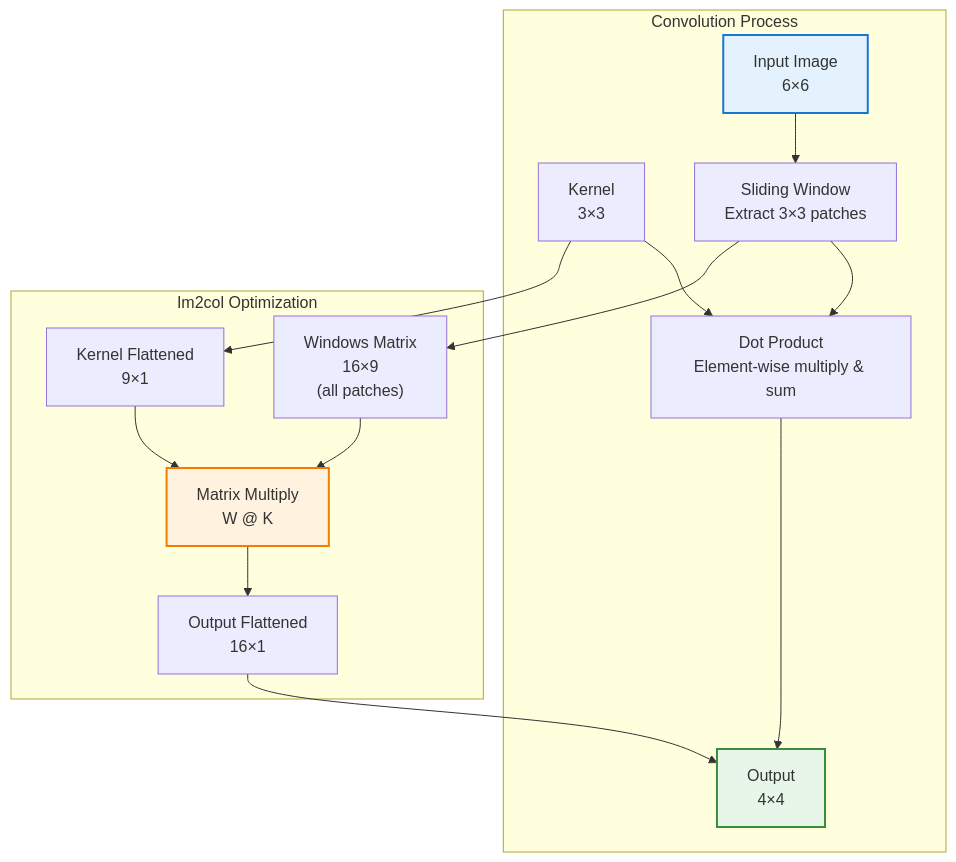
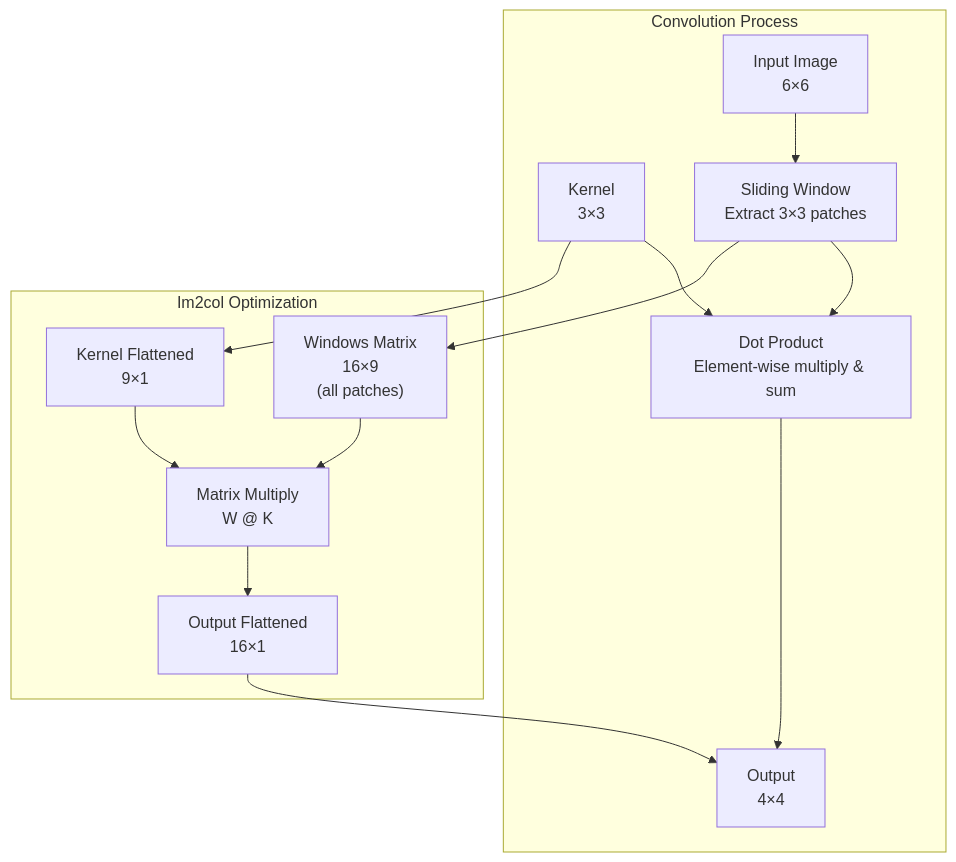
Before and after one commit to ROCm/composable_kernel: the diagram in docs/conceptual/ck_tile/convolution_example.rst, drawn with Mermaid. The commit also changed other lines of this file and 21 other files, not shown here.

```diff
--- a/docs/conceptual/ck_tile/convolution_example.rst
+++ b/docs/conceptual/ck_tile/convolution_example.rst
@@ -24,33 +18,29 @@
-      .. mermaid::
-      
-         graph TB
-             subgraph "Convolution Process"
-                 I["Input Image<br/>6×6"]
-                 K["Kernel<br/>3×3"]
-                 SW["Sliding Window<br/>Extract 3×3 patches"]
-                 DP["Dot Product<br/>Element-wise multiply & sum"]
-                 O["Output<br/>4×4"]
-             end
-             
-             subgraph "Im2col Optimization"
-                 W["Windows Matrix<br/>16×9<br/>(all patches)"]
-                 KF["Kernel Flattened<br/>9×1"]
-                 MM["Matrix Multiply<br/>W @ K"]
-                 OF["Output Flattened<br/>16×1"]
-             end
-             
-             I --> SW
-             K --> DP
-             SW --> DP
-             DP --> O
-             
-             SW --> W
-             K --> KF
-             W --> MM
-             KF --> MM
-             MM --> OF
-             OF --> O
-             
-             style I fill:#e3f2fd,stroke:#1976d2,stroke-width:2px
-             style O fill:#e8f5e9,stroke:#388e3c,stroke-width:2px
-             style MM fill:#fff3e0,stroke:#f57c00,stroke-width:2px
+.. mermaid::
+
+   graph TB
+       subgraph "Convolution Process"
+           I["Input Image<br/>6×6"]
+           K["Kernel<br/>3×3"]
+           SW["Sliding Window<br/>Extract 3×3 patches"]
+           DP["Dot Product<br/>Element-wise multiply & sum"]
+           O["Output<br/>4×4"]
+       end
+
+       subgraph "Im2col Optimization"
+           W["Windows Matrix<br/>16×9<br/>(all patches)"]
+           KF["Kernel Flattened<br/>9×1"]
+           MM["Matrix Multiply<br/>W @ K"]
+           OF["Output Flattened<br/>16×1"]
+       end
+
+       I --> SW
+       K --> DP
+       SW --> DP
+       DP --> O
+
+       SW --> W
+       K --> KF
+       W --> MM
+       KF --> MM
+       MM --> OF
+       OF --> O
```
